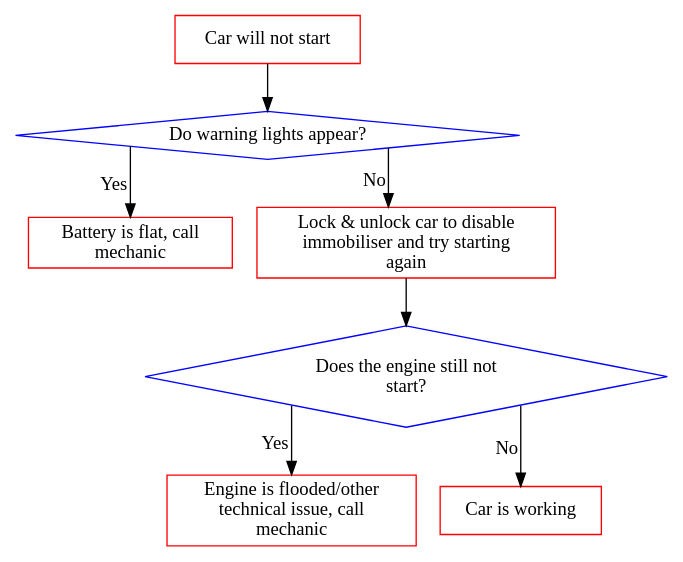
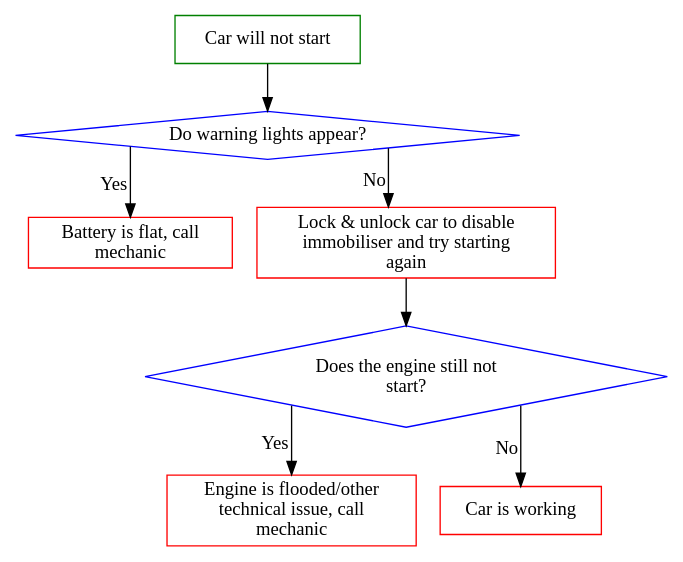
The diagram in car_troubleshooting.dot (kibook/s1kd-flowchart), drawn with Graphviz before and after one commit. The commit also changed 4 other files, not shown here.

```diff
--- a/car_troubleshooting.dot
+++ b/car_troubleshooting.dot
@@ -1,18 +1,18 @@
 digraph g {
 graph [splines=ortho]
-{idm5989584 [label="Car will not start" shape=rectangle color=red style=solid fontcolor=black]} -> idm5989200 [ style=solid]
-{idm5989200 [label="Do warning lights appear?" shape=diamond color=blue style=solid fontcolor=black]} -> idm5986432 [xlabel="Yes" style=solid]
-{idm5989200 [ style=solid fontcolor=black]} -> idm5985424 [xlabel="No" style=solid]
-{idm5986432 [label="Battery is flat, call 
+{idm5943968 [label="Car will not start" shape=rectangle color=green style=solid fontcolor=black]} -> idm5939632 [ style=solid]
+{idm5939632 [label="Do warning lights appear?" shape=diamond color=blue style=solid fontcolor=black]} -> idm5936864 [xlabel="Yes" style=solid]
+{idm5939632 [ style=solid fontcolor=black]} -> idm5935856 [xlabel="No" style=solid]
+{idm5936864 [label="Battery is flat, call 
 mechanic" shape=rectangle color=red style=solid fontcolor=black]} [ style=solid]
-{idm5985424 [label="Lock & unlock car to disable 
+{idm5935856 [label="Lock & unlock car to disable 
 immobiliser and try starting 
-again" shape=rectangle color=red style=solid fontcolor=black]} -> idm5984880 [ style=solid]
-{idm5984880 [label="Does the engine still not 
-start?" shape=diamond color=blue style=solid fontcolor=black]} -> idm5982112 [xlabel="Yes" style=solid]
-{idm5984880 [ style=solid fontcolor=black]} -> idm5981104 [xlabel="No" style=solid]
-{idm5982112 [label="Engine is flooded/other 
+again" shape=rectangle color=red style=solid fontcolor=black]} -> idm5935312 [ style=solid]
+{idm5935312 [label="Does the engine still not 
+start?" shape=diamond color=blue style=solid fontcolor=black]} -> idm5932544 [xlabel="Yes" style=solid]
+{idm5935312 [ style=solid fontcolor=black]} -> idm5931536 [xlabel="No" style=solid]
+{idm5932544 [label="Engine is flooded/other 
 technical issue, call 
 mechanic" shape=rectangle color=red style=solid fontcolor=black]} [ style=solid]
-{idm5981104 [label="Car is working" shape=rectangle color=red style=solid fontcolor=black]} [ style=solid]
+{idm5931536 [label="Car is working" shape=rectangle color=red style=solid fontcolor=black]} [ style=solid]
 }
```
